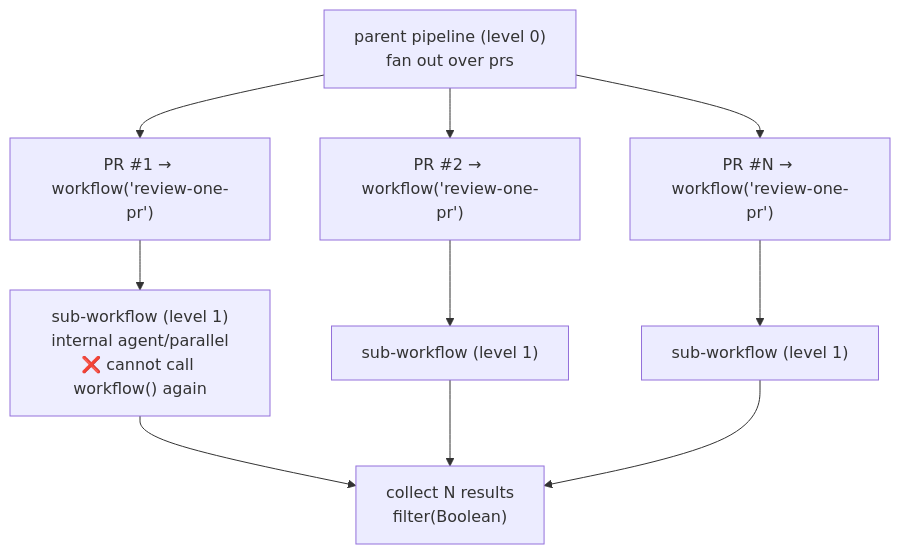
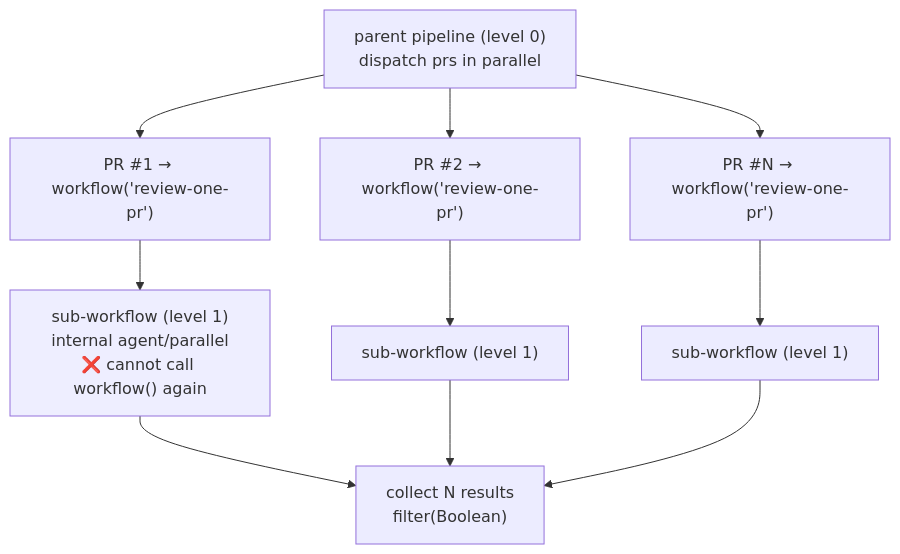
One commit to AGI-is-going-to-arrive/workflow-cookbook changed the fourth of 4 diagrams in docs/en/p4-20-nested.md. Above: the diagram before and after it, drawn with Mermaid. The commit also changed other lines of this file and 78 other files, not shown here.

````diff
--- a/docs/en/p4-20-nested.md
+++ b/docs/en/p4-20-nested.md
@@ -278,11 +278,11 @@
 ```mermaid
 flowchart TD
-    P["parent pipeline (level 0)<br/>fan out over prs"] --> I1["PR #1 → workflow('review-one-pr')"]
+    P["parent pipeline (level 0)<br/>dispatch prs in parallel"] --> I1["PR #1 → workflow('review-one-pr')"]
     P --> I2["PR #2 → workflow('review-one-pr')"]
     P --> I3["PR #N → workflow('review-one-pr')"]
     I1 --> C1["sub-workflow (level 1)<br/>internal agent/parallel<br/>❌ cannot call workflow() again"]
     I2 --> C2["sub-workflow (level 1)"]
     I3 --> C3["sub-workflow (level 1)"]
     C1 & C2 & C3 --> R["collect N results<br/>filter(Boolean)"]
     style C1 fill:#eef
 ```
````
